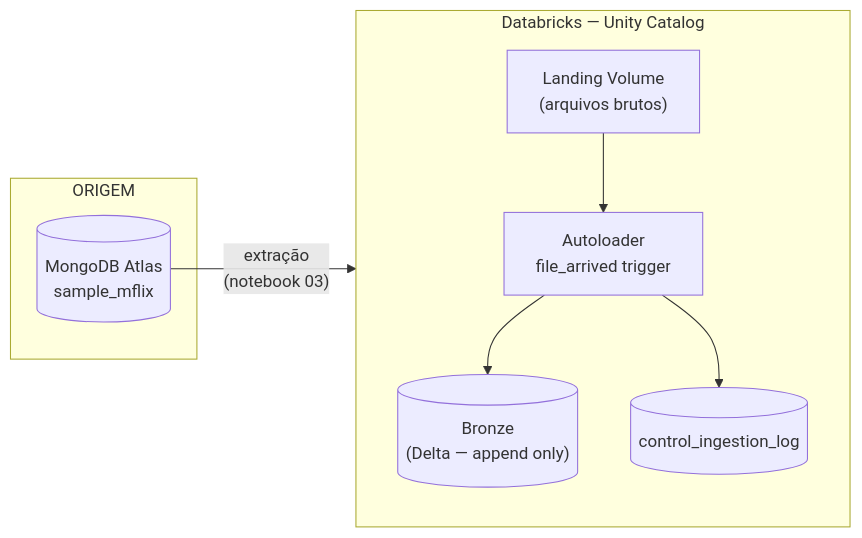
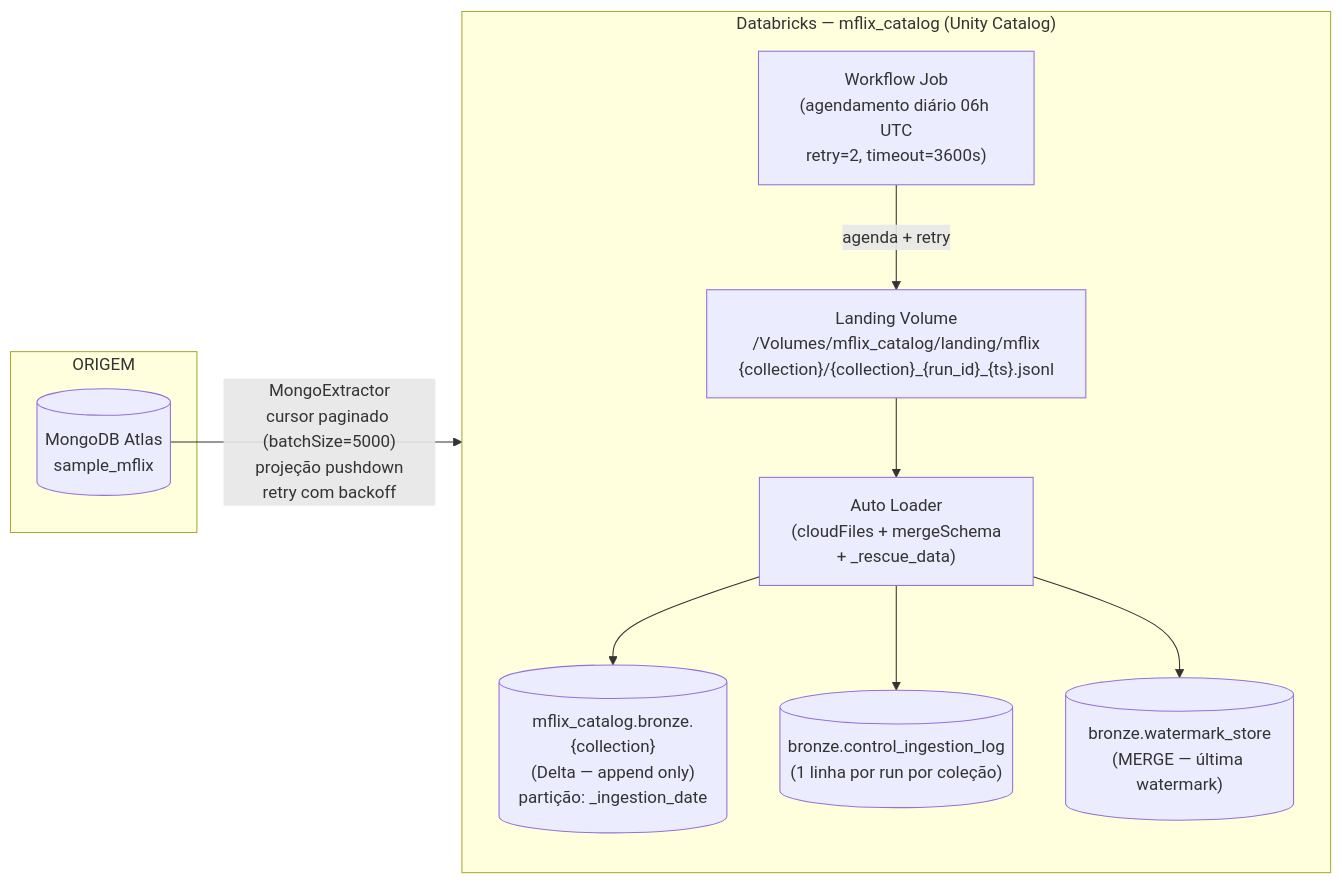
The diagram in docs/ARQUITETURA.md (EliakLM/ENG_DADOS_INGESTAO_DBMFLIX_T3), drawn with Mermaid before and after one commit. The commit also changed other lines of this file, not shown here.

````diff
--- a/docs/ARQUITETURA.md
+++ b/docs/ARQUITETURA.md
@@ -10,18 +9,22 @@
 ```mermaid
 flowchart LR
-    subgraph ORIGEM
+    subgraph ORIGEM["ORIGEM"]
         M[(MongoDB Atlas\nsample_mflix)]
     end
 
-    subgraph DATABRICKS["Databricks — Unity Catalog"]
+    subgraph DATABRICKS["Databricks — mflix_catalog (Unity Catalog)"]
         direction TB
-        L["Landing Volume\n(arquivos brutos)"]
-        A["Autoloader\nfile_arrived trigger"]
-        B[("Bronze\n(Delta — append only)")]
-        C[("control_ingestion_log")]
+        L["Landing Volume\n/Volumes/mflix_catalog/landing/mflix\n{collection}/{collection}_{run_id}_{ts}.jsonl"]
+        A["Auto Loader\n(cloudFiles + mergeSchema\n+ _rescue_data)"]
+        B[("mflix_catalog.bronze.{collection}\n(Delta — append only)\npartição: _ingestion_date")]
+        C[("bronze.control_ingestion_log\n(1 linha por run por coleção)")]
+        W[("bronze.watermark_store\n(MERGE — última watermark)")]
+        JOB["Workflow Job\n(agendamento diário 06h UTC\nretry=2, timeout=3600s)"]
         L --> A --> B
         A --> C
+        A --> W
+        JOB -->|"agenda + retry"| L
     end
 
-    M -->|"extração\n(notebook 03)"| L
+    M -->|"MongoExtractor\ncursor paginado (batchSize=5000)\nprojeção pushdown\nretry com backoff"| L
 ```
````
